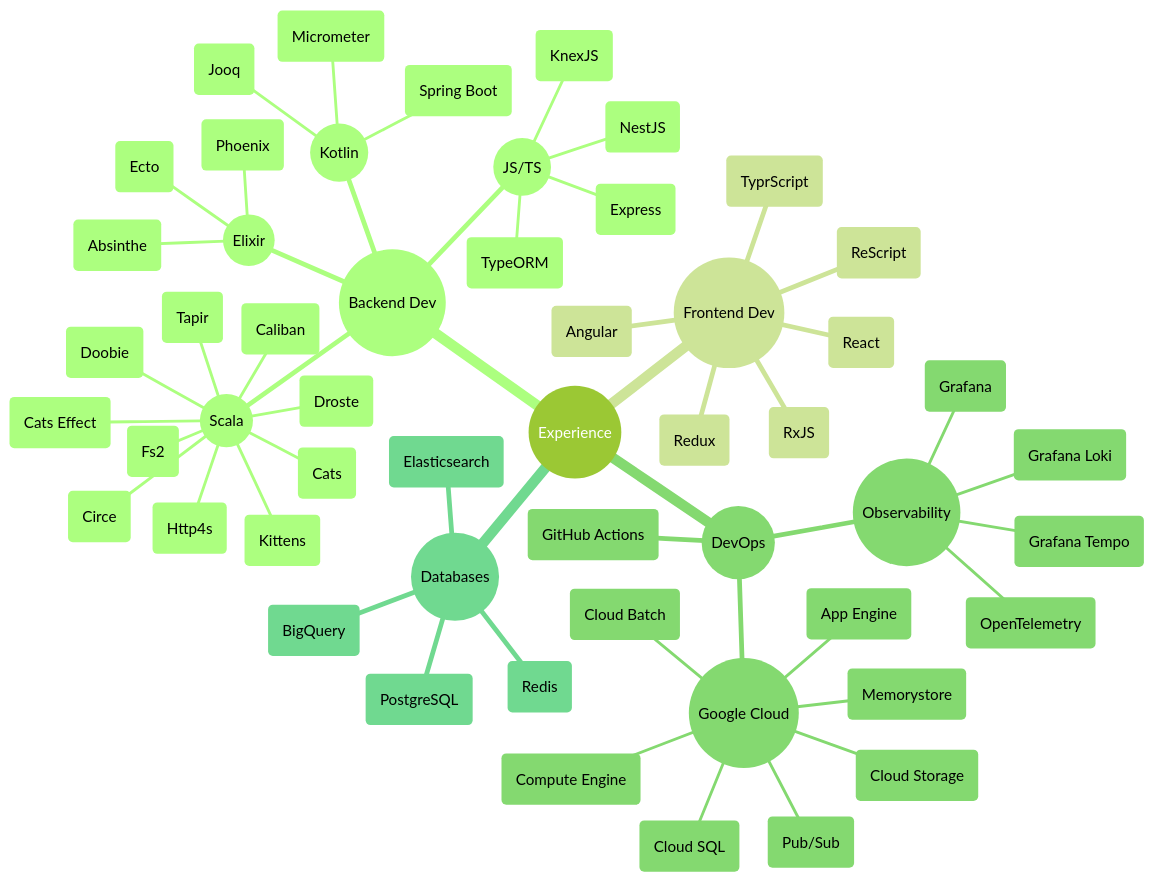
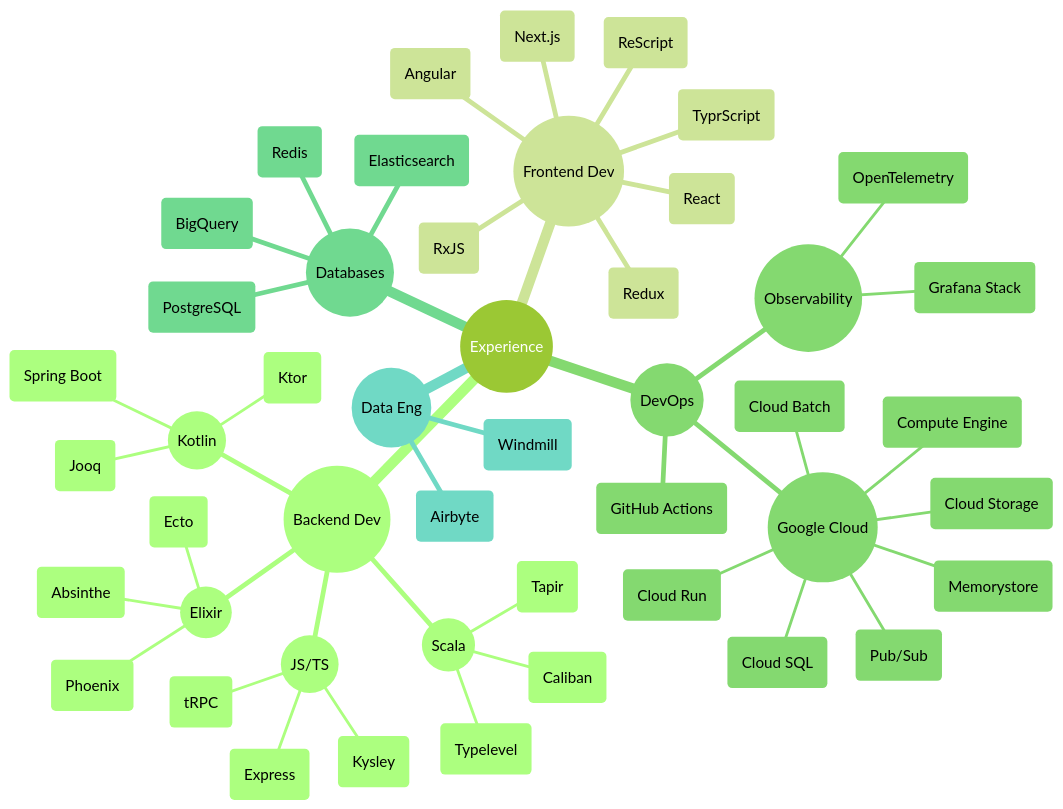
The first of 2 diagrams in README.md (m-tabaza/Tabzz98), drawn with Mermaid (forest theme) before and after one commit.

````diff
--- a/README.md
+++ b/README.md
@@ -21,64 +21,59 @@
 ```mermaid
 mindmap
   root((Experience))
     ((Backend Dev))
       ((Scala))
-        (Cats)
-        (Cats Effect)
-        (Kittens)
-        (Droste)
-        (Http4s)
-        (Doobie)
+        (Typelevel)
         (Tapir)
-        (Fs2)
         (Caliban)
-        (Circe)
 
       ((Kotlin))
         (Spring Boot)
-        (Micrometer)
+        (Ktor)
         (Jooq)
   
       ((Elixir))
         (Ecto)
         (Absinthe)
         (Phoenix)
   
       ((JS/TS))
         (Express)
-        (NestJS)
-        (TypeORM)
-        (KnexJS)
+        (Kysley)
+        (tRPC)
       
     ((Frontend Dev))
       (React)
+      (Next.js)
       (Redux)
       (RxJS)
       (Angular)
       (TyprScript)
       (ReScript)
       
     ((DevOps))
       (GitHub Actions)
 
       ((Observability))
         (OpenTelemetry)
-        (Grafana)
-        (Grafana Tempo)
-        (Grafana Loki)
+        (Grafana Stack)
 
       ((Google Cloud))
-        (App Engine)
+        (Cloud Run)
         (Compute Engine)
         (Cloud SQL)
         (Memorystore)
         (Pub/Sub)
         (Cloud Storage)
         (Cloud Batch)
 
     ((Databases))
       (PostgreSQL)
       (Redis)
       (Elasticsearch)
       (BigQuery)
+
+    ((Data Eng))
+      (Airbyte)
+      (Windmill)
 ```
````
